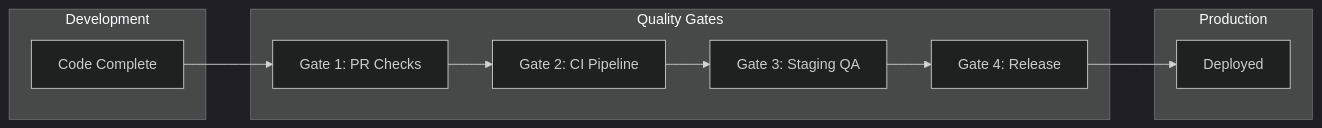
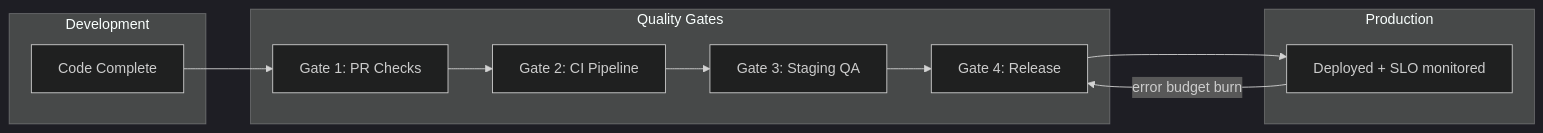
The diagram in .claude/rules/quality-gates.md (servika/claude-code-setup), drawn with Mermaid (dark theme) before and after one commit. The commit also changed other lines of this file and 109 other files, not shown here.

````diff
--- a/.claude/rules/quality-gates.md
+++ b/.claude/rules/quality-gates.md
@@ -12,19 +13,20 @@
 ```mermaid
 flowchart LR
     subgraph dev [Development]
         A[Code Complete]
     end
 
     subgraph gates [Quality Gates]
         B[Gate 1: PR Checks]
         C[Gate 2: CI Pipeline]
         D[Gate 3: Staging QA]
         E[Gate 4: Release]
     end
 
     subgraph prod [Production]
-        F[Deployed]
+        F[Deployed + SLO monitored]
     end
 
     A --> B --> C --> D --> E --> F
+    F -->|error budget burn| E
 ```
````
